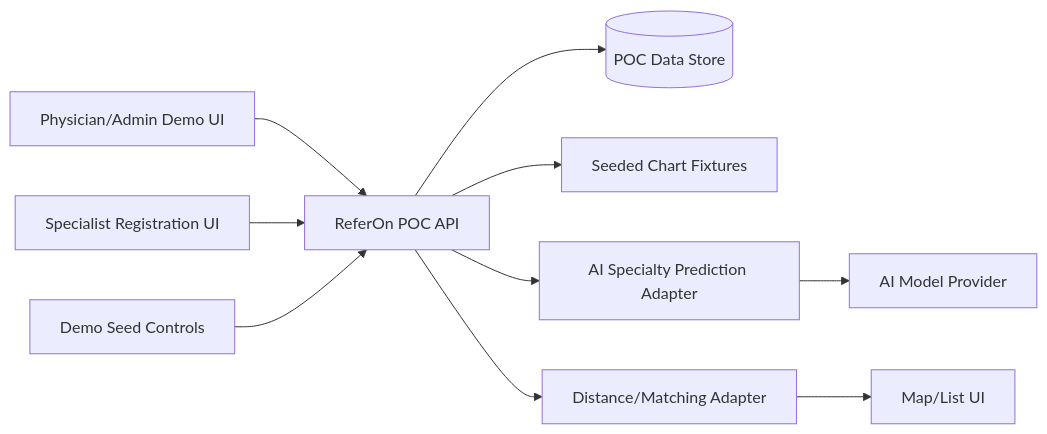
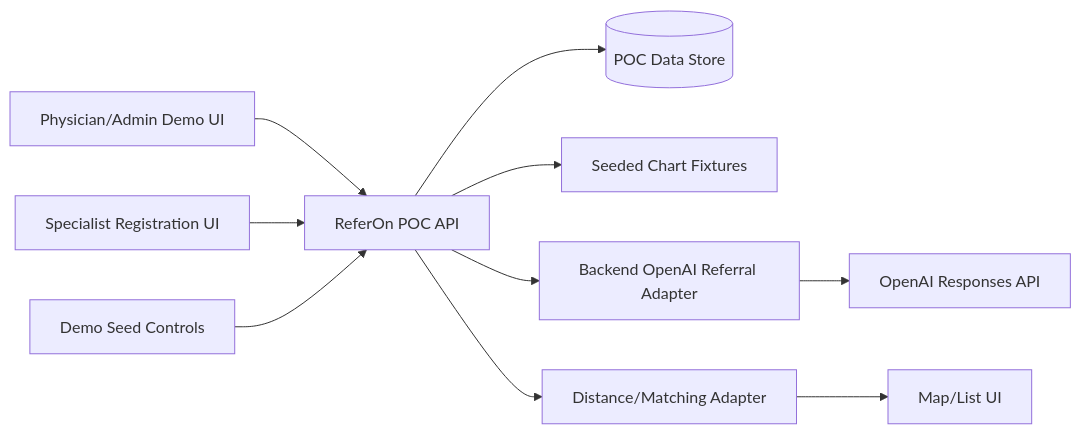
The first of 3 diagrams in docs/master-document.md (Souheil-Yazji/ReferOn), drawn with Mermaid before and after one commit. The commit also changed other lines of this file and 14 other files, not shown here.

````diff
--- a/docs/master-document.md
+++ b/docs/master-document.md
@@ -269,14 +269,14 @@
 ```mermaid
 flowchart LR
   Clinician["Physician/Admin Demo UI"] --> API["ReferOn POC API"]
   Specialist["Specialist Registration UI"] --> API
   Demo["Demo Seed Controls"] --> API
 
   API --> Store[("POC Data Store")]
   API --> Chart["Seeded Chart Fixtures"]
-  API --> AI["AI Specialty Prediction Adapter"]
+  API --> AI["Backend OpenAI Referral Adapter"]
   API --> Geo["Distance/Matching Adapter"]
 
-  AI --> Model["AI Model Provider"]
+  AI --> Model["OpenAI Responses API"]
   Geo --> Map["Map/List UI"]
 ```
````
